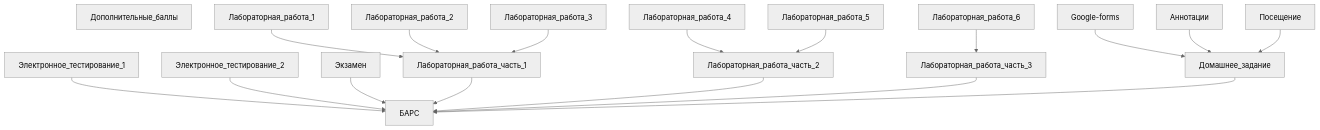
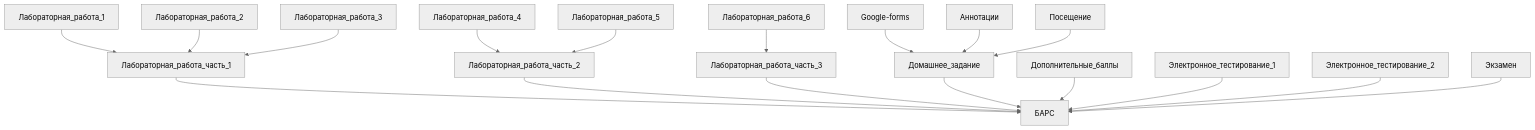
Before and after one commit to Steralka/ITMO: the diagram in 1 Семестр/Информатика/README.md, drawn with Mermaid (neutral theme).

````diff
--- a/1 Семестр/Информатика/README.md
+++ b/1 Семестр/Информатика/README.md
@@ -35,20 +35,20 @@
 ```mermaid
 graph TD;
-    Дополнительные_баллы;
     Лабораторная_работа_1-->Лабораторная_работа_часть_1;
     Лабораторная_работа_2-->Лабораторная_работа_часть_1;
     Лабораторная_работа_3-->Лабораторная_работа_часть_1;
     Лабораторная_работа_4-->Лабораторная_работа_часть_2;
     Лабораторная_работа_5-->Лабораторная_работа_часть_2;
     Лабораторная_работа_6-->Лабораторная_работа_часть_3;
     Google-forms-->Домашнее_задание;
     Аннотации-->Домашнее_задание;
     Посещение-->Домашнее_задание;
-    Электронное_тестирование_1-->БАРС;
-    Электронное_тестирование_2-->БАРС;
-    Экзамен-->БАРС;
     Лабораторная_работа_часть_1-->БАРС;
     Лабораторная_работа_часть_2-->БАРС;
     Лабораторная_работа_часть_3-->БАРС;
     Домашнее_задание-->БАРС;
+    Дополнительные_баллы-->БАРС;
+    Электронное_тестирование_1-->БАРС;
+    Электронное_тестирование_2-->БАРС;
+    Экзамен-->БАРС;
 ```
````
